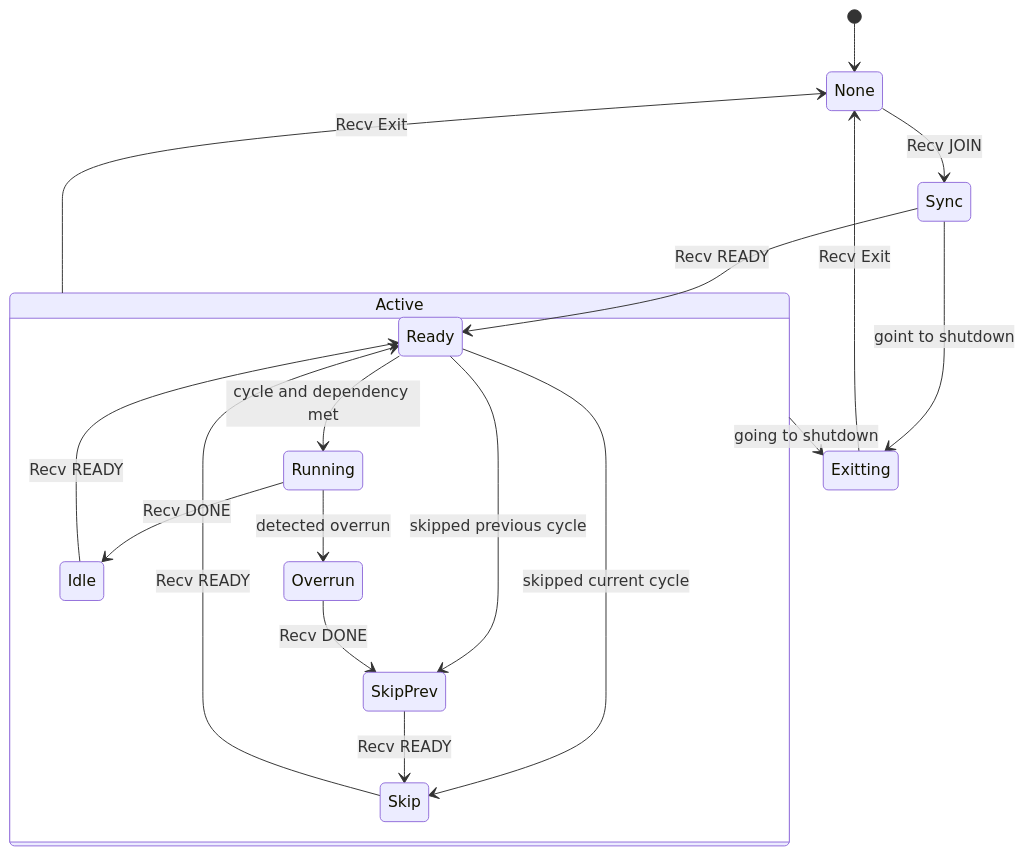
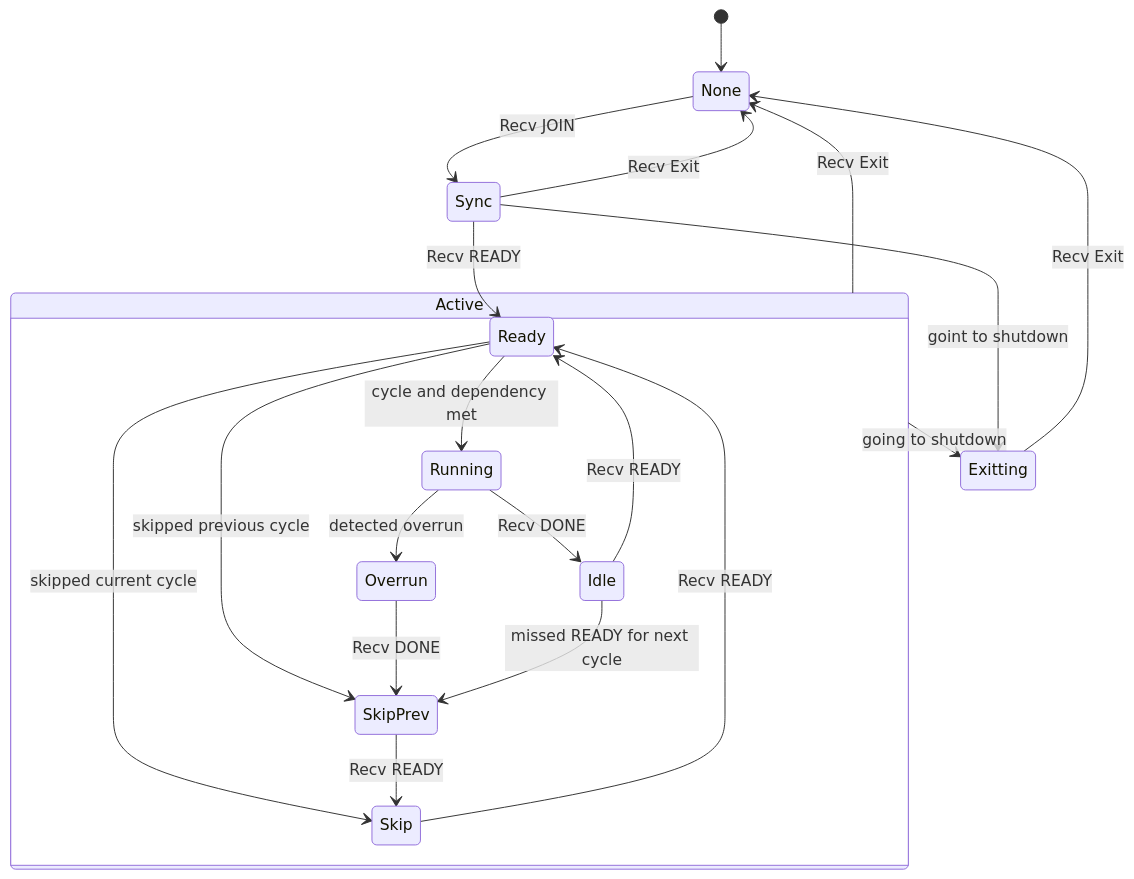
One commit to nao-kawano/ritsu-scheduler changed the second of 2 diagrams in docs/state-management.md. Above: the diagram before and after it, drawn with Mermaid. The commit also changed other lines of this file, not shown here.

First line of the commit message:
docs: Fix missed state transition

````diff
--- a/docs/state-management.md
+++ b/docs/state-management.md
@@ -47,26 +47,29 @@
 ```mermaid
 stateDiagram-v2
     [*] --> None
     None --> Sync : Recv JOIN
     Sync --> Ready : Recv READY
 
+    Sync --> None : Recv Exit
     Sync --> Exitting : goint to shutdown
     Active --> Exitting : going to shutdown
     Exitting --> None : Recv Exit
     Active --> None : Recv Exit
 
     State Active {
         Ready --> Running : cycle and dependency met
         Running --> Idle : Recv DONE
         Idle --> Ready : Recv READY
 
         Ready --> Skip : skipped current cycle
         Ready --> SkipPrev : skipped previous cycle
 
         Running --> Overrun : detected overrun
         Overrun --> SkipPrev : Recv DONE
 
         SkipPrev --> Skip : Recv READY
         Skip --> Ready : Recv READY
+
+        Idle --> SkipPrev : missed READY for next cycle
     }
 ```
````
